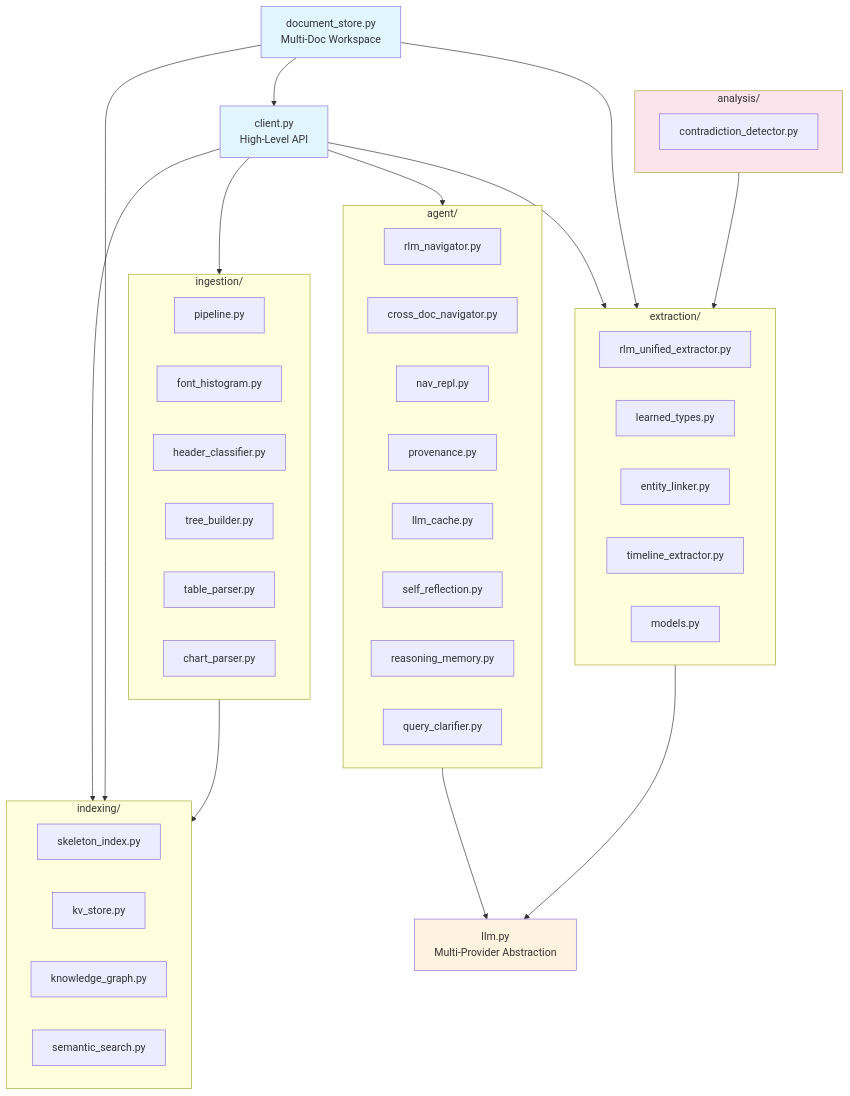
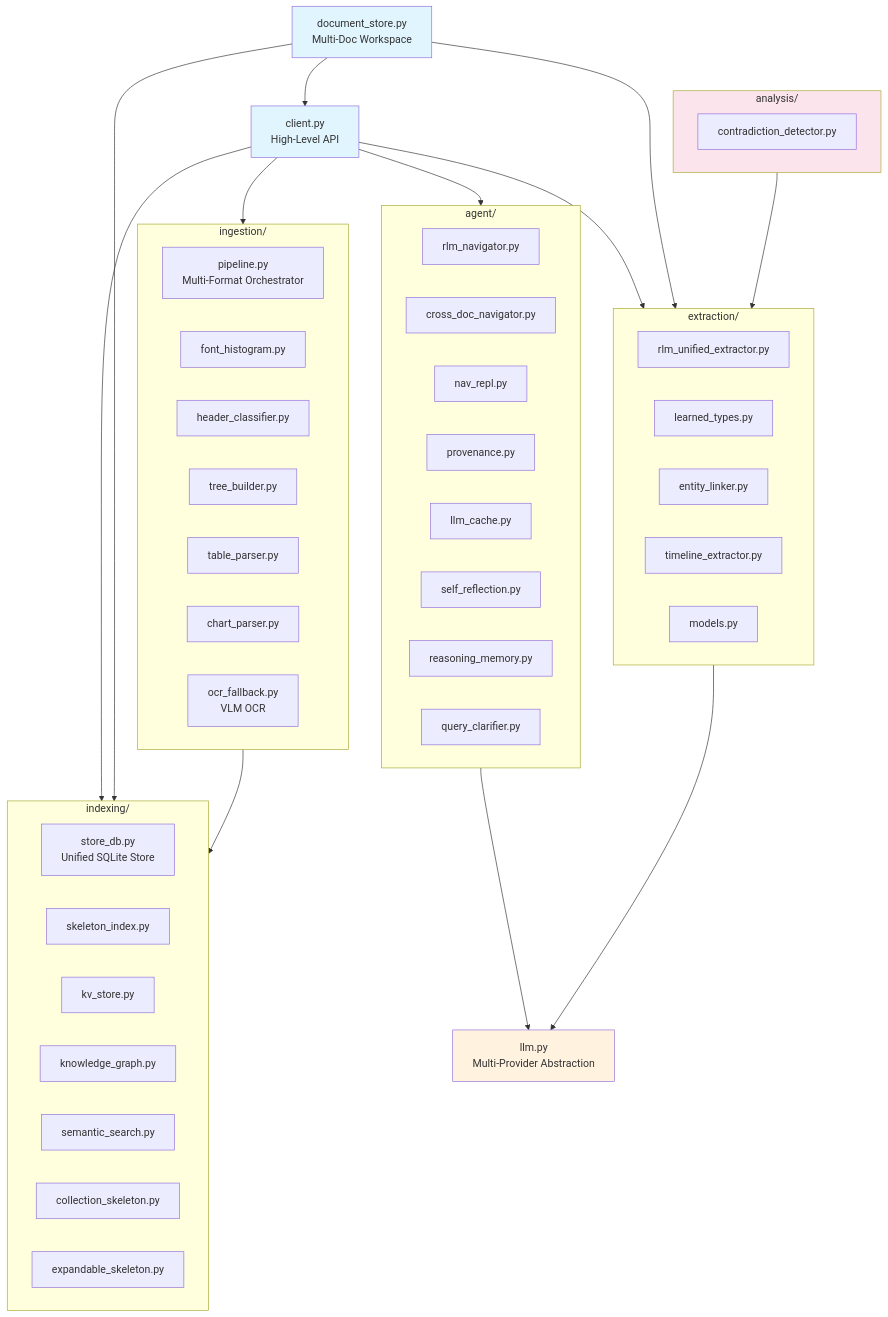
Before and after one commit to theeufj/RNSR: the seventh of 7 diagrams in README.md, drawn with Mermaid. The commit also changed other lines of this file and 9 other files, not shown here.

````diff
--- a/README.md
+++ b/README.md
@@ -897,63 +919,67 @@
 ```mermaid
 graph TD
     CLIENT["client.py<br>High-Level API"]
     DS["document_store.py<br>Multi-Doc Workspace"]
 
     subgraph INGESTION ["ingestion/"]
-        P["pipeline.py"]
+        P["pipeline.py<br>Multi-Format Orchestrator"]
         FH["font_histogram.py"]
         HC["header_classifier.py"]
         TB["tree_builder.py"]
         TP["table_parser.py"]
         CP["chart_parser.py"]
+        OCR["ocr_fallback.py<br>VLM OCR"]
     end
 
     subgraph INDEXING ["indexing/"]
+        SDB["store_db.py<br>Unified SQLite Store"]
         SI["skeleton_index.py"]
         KV["kv_store.py"]
         KGR["knowledge_graph.py"]
         SS["semantic_search.py"]
+        CS["collection_skeleton.py"]
+        ES["expandable_skeleton.py"]
     end
 
     subgraph EXTRACTION ["extraction/"]
         RUE["rlm_unified_extractor.py"]
         LT["learned_types.py"]
         EL["entity_linker.py"]
         TL["timeline_extractor.py"]
         MOD["models.py"]
     end
 
     subgraph ANALYSIS ["analysis/"]
         CD["contradiction_detector.py"]
     end
 
     subgraph AGENT ["agent/"]
         RN["rlm_navigator.py"]
         CDN["cross_doc_navigator.py"]
         NR["nav_repl.py"]
         PROV["provenance.py"]
         LC["llm_cache.py"]
         SR["self_reflection.py"]
         RM["reasoning_memory.py"]
         QC["query_clarifier.py"]
     end
 
     LLM["llm.py<br>Multi-Provider Abstraction"]
 
     CLIENT --> INGESTION
     CLIENT --> INDEXING
     CLIENT --> EXTRACTION
     CLIENT --> AGENT
     DS --> CLIENT
     DS --> INDEXING
     DS --> EXTRACTION
     ANALYSIS --> EXTRACTION
     AGENT --> LLM
     EXTRACTION --> LLM
     INGESTION --> INDEXING
 
     style CLIENT fill:#e1f5fe
     style DS fill:#e1f5fe
     style LLM fill:#fff3e0
     style ANALYSIS fill:#fce4ec
 ```
````
